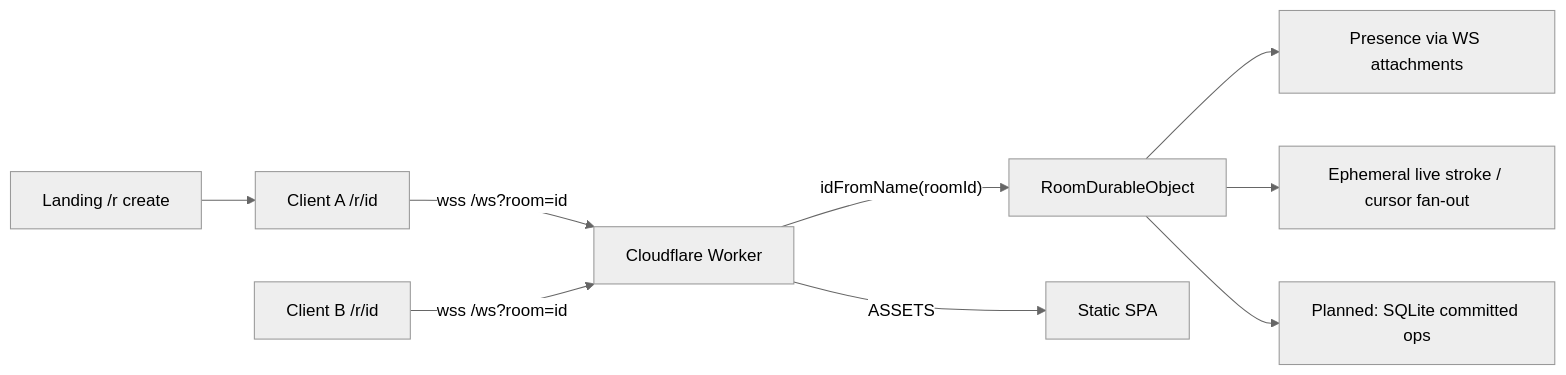
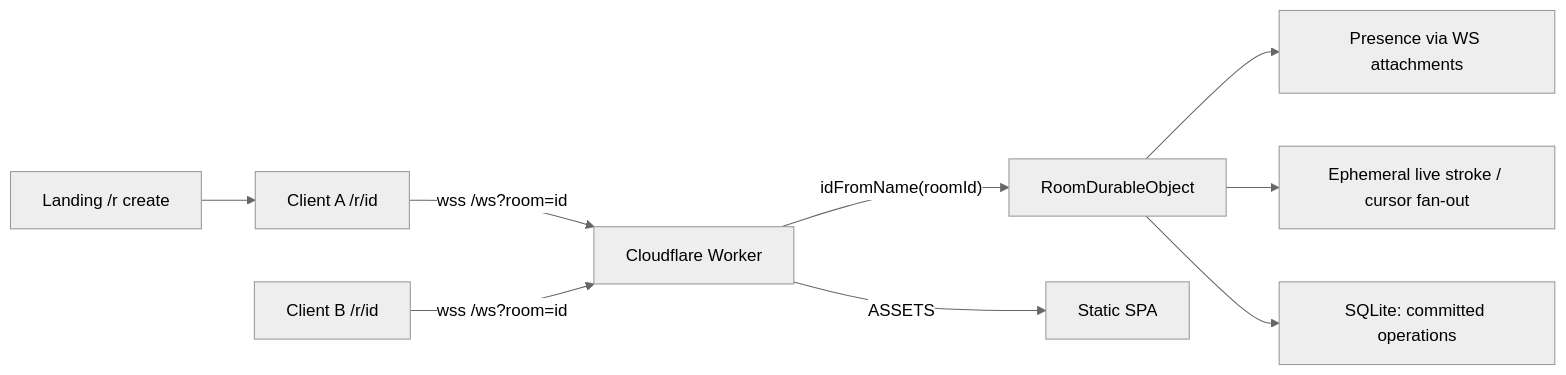
Before and after one commit to Venkat-Kolasani/Loomline: the first of 2 diagrams in ARCHITECTURE.md, drawn with Mermaid (neutral theme). The commit also changed other lines of this file and 8 other files, not shown here.

````diff
--- a/ARCHITECTURE.md
+++ b/ARCHITECTURE.md
@@ -11,11 +11,11 @@
 ```mermaid
 flowchart LR
   L["Landing /r create"] --> C1["Client A /r/id"]
   C1 -->|"wss /ws?room=id"| W["Cloudflare Worker"]
   C2["Client B /r/id"] -->|"wss /ws?room=id"| W
   W -->|"idFromName(roomId)"| R["RoomDurableObject"]
   R --> P["Presence via WS attachments"]
   R --> L2["Ephemeral live stroke / cursor fan-out"]
-  R --> S["Planned: SQLite committed ops"]
+  R --> S["SQLite: committed operations"]
   W -->|"ASSETS"| A["Static SPA"]
 ```
````
